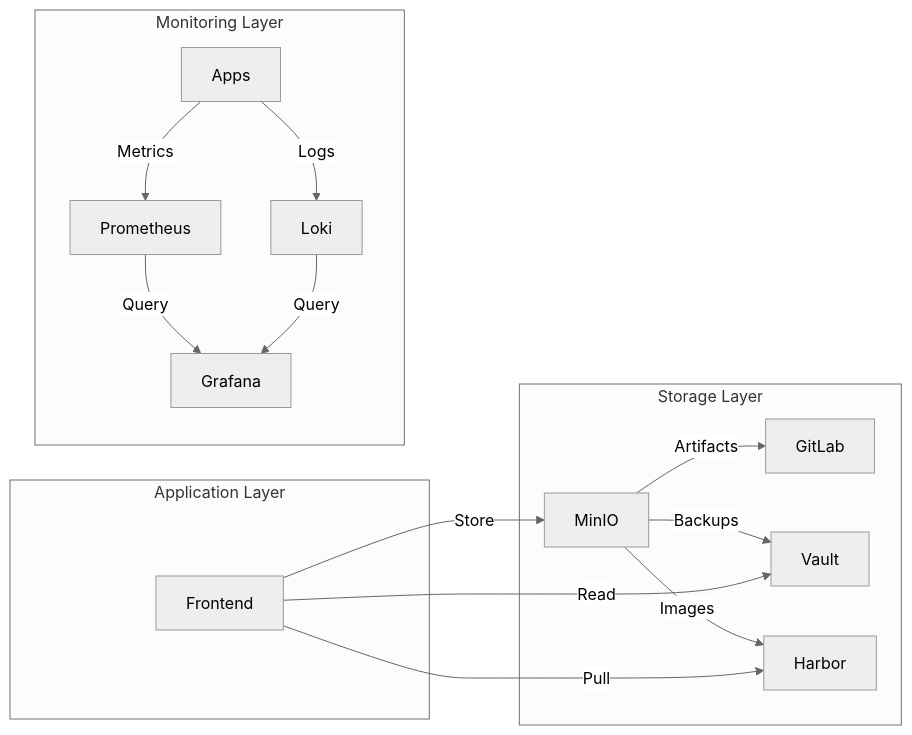
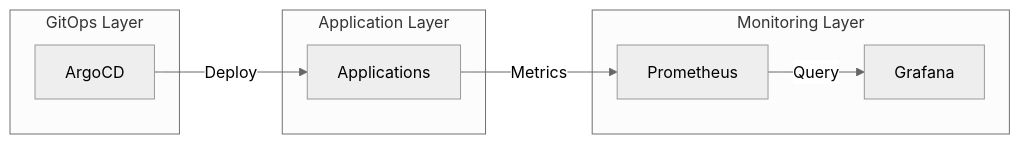
One commit to Naem-ali/devops-on-prem changed the second of 3 diagrams in README.md. Above: the diagram before and after it, drawn with Mermaid (neutral theme). The commit also changed other lines of this file, not shown here.

````diff
--- a/README.md
+++ b/README.md
@@ -108,21 +51,15 @@
 ```mermaid
 graph LR
-    subgraph Storage Layer
-        MinIO --> |Artifacts| GitLab
-        MinIO --> |Backups| Vault
-        MinIO --> |Images| Harbor
-    end
-    
     subgraph Application Layer
-        Frontend --> |Read| Vault
-        Frontend --> |Pull| Harbor
-        Frontend --> |Store| MinIO
+        Apps[Applications]
     end
     
     subgraph Monitoring Layer
         Prometheus --> |Query| Grafana
-        Loki --> |Query| Grafana
         Apps --> |Metrics| Prometheus
-        Apps --> |Logs| Loki
+    end
+
+    subgraph GitOps Layer
+        ArgoCD --> |Deploy| Apps
     end
 ```
````
